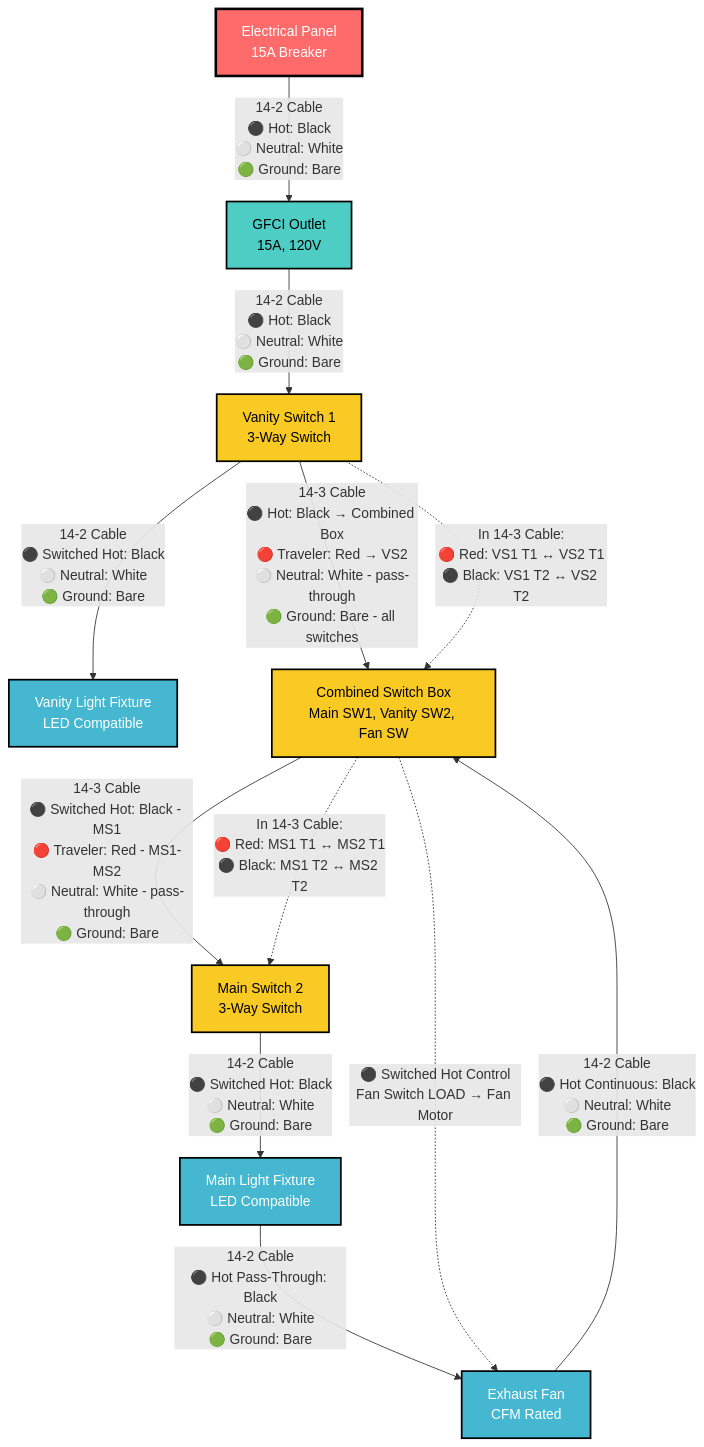
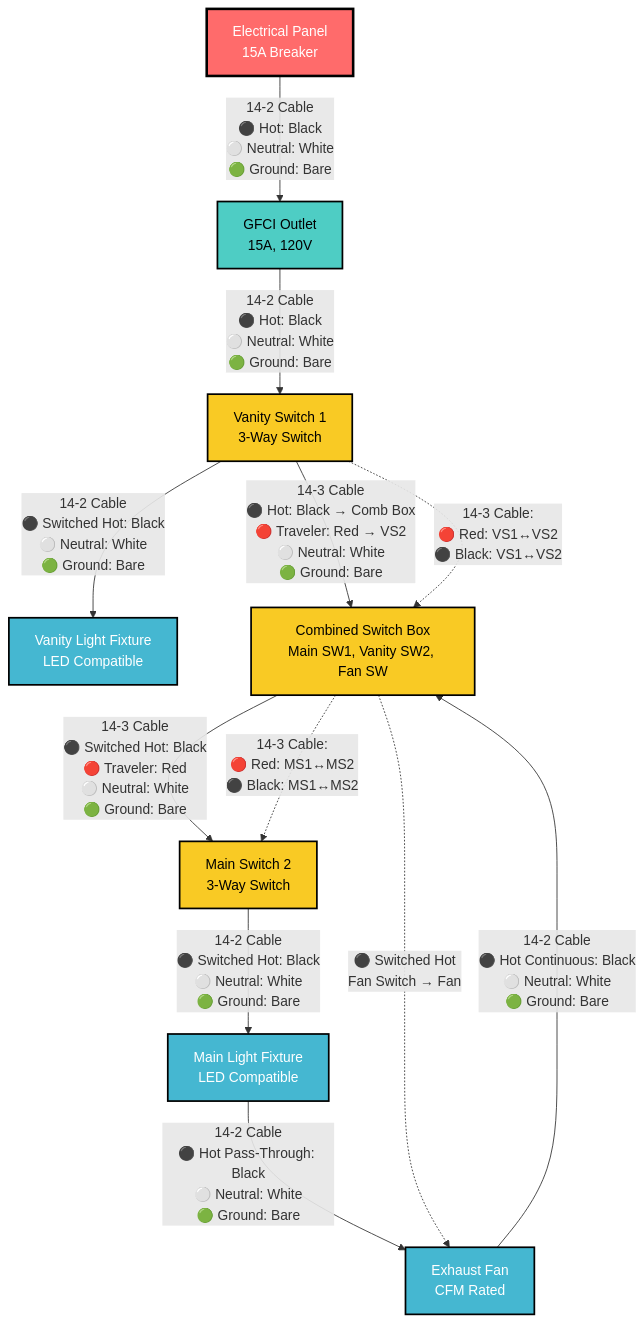
One commit to ticklemycode/electrical-wiring changed the first of 8 diagrams in diagrams/mermaid-wiring-diagram.md. Above: the diagram before and after it, drawn with Mermaid. The commit also changed other lines of this file, not shown here.

````diff
--- a/diagrams/mermaid-wiring-diagram.md
+++ b/diagrams/mermaid-wiring-diagram.md
@@ -7,37 +7,37 @@
 ```mermaid
 flowchart TD
     A[Electrical Panel<br/>15A Breaker] -->|14-2 Cable<br/>⚫ Hot: Black<br/>⚪ Neutral: White<br/>🟢 Ground: Bare| B[GFCI Outlet<br/>15A, 120V]
     
     B -->|14-2 Cable<br/>⚫ Hot: Black<br/>⚪ Neutral: White<br/>🟢 Ground: Bare| D[Vanity Switch 1<br/>3-Way Switch]
     
     D -->|14-2 Cable<br/>⚫ Switched Hot: Black<br/>⚪ Neutral: White<br/>🟢 Ground: Bare| C[Vanity Light Fixture<br/>LED Compatible]
     
-    D -->|14-3 Cable<br/>⚫ Hot: Black → Combined Box<br/>🔴 Traveler: Red → VS2<br/>⚪ Neutral: White - pass-through<br/>🟢 Ground: Bare - all switches| E[Combined Switch Box<br/>Main SW1, Vanity SW2, Fan SW]
+    D -->|14-3 Cable<br/>⚫ Hot: Black → Comb Box<br/>🔴 Traveler: Red → VS2<br/>⚪ Neutral: White<br/>🟢 Ground: Bare| E[Combined Switch Box<br/>Main SW1, Vanity SW2, Fan SW]
     
-    E -->|14-3 Cable<br/>⚫ Switched Hot: Black - MS1<br/>🔴 Traveler: Red - MS1-MS2<br/>⚪ Neutral: White - pass-through<br/>🟢 Ground: Bare| F[Main Switch 2<br/>3-Way Switch]
+    E -->|14-3 Cable<br/>⚫ Switched Hot: Black<br/>🔴 Traveler: Red<br/>⚪ Neutral: White<br/>🟢 Ground: Bare| F[Main Switch 2<br/>3-Way Switch]
     
     F -->|14-2 Cable<br/>⚫ Switched Hot: Black<br/>⚪ Neutral: White<br/>🟢 Ground: Bare| G[Main Light Fixture<br/>LED Compatible]
     
     G -->|14-2 Cable<br/>⚫ Hot Pass-Through: Black<br/>⚪ Neutral: White<br/>🟢 Ground: Bare| H[Exhaust Fan<br/>CFM Rated]
     
     H -->|14-2 Cable<br/>⚫ Hot Continuous: Black<br/>⚪ Neutral: White<br/>🟢 Ground: Bare| E
     
     %% Fan Control Wire
-    E -.->|⚫ Switched Hot Control<br/>Fan Switch LOAD → Fan Motor| H
+    E -.->|⚫ Switched Hot<br/>Fan Switch → Fan| H
     
     %% 3-Way Traveler Wires - 14-3 Cable Note
-    D -.->|In 14-3 Cable:<br/>🔴 Red: VS1 T1 ↔ VS2 T1<br/>⚫ Black: VS1 T2 ↔ VS2 T2| E
-    E -.->|In 14-3 Cable:<br/>🔴 Red: MS1 T1 ↔ MS2 T1<br/>⚫ Black: MS1 T2 ↔ MS2 T2| F
+    D -.->|14-3 Cable:<br/>🔴 Red: VS1↔VS2<br/>⚫ Black: VS1↔VS2| E
+    E -.->|14-3 Cable:<br/>🔴 Red: MS1↔MS2<br/>⚫ Black: MS1↔MS2| F
     
     %% Styling
     classDef panelStyle fill:#ff6b6b,stroke:#000,stroke-width:3px,color:#fff
     classDef gfciStyle fill:#4ecdc4,stroke:#000,stroke-width:2px,color:#000
     classDef fixtureStyle fill:#45b7d1,stroke:#000,stroke-width:2px,color:#fff
     classDef switchStyle fill:#f9ca24,stroke:#000,stroke-width:2px,color:#000
     classDef wireStyle stroke:#666,stroke-width:2px
     
     class A panelStyle
     class B gfciStyle
     class C,G,H fixtureStyle
     class D,E,F switchStyle
 ```
````
